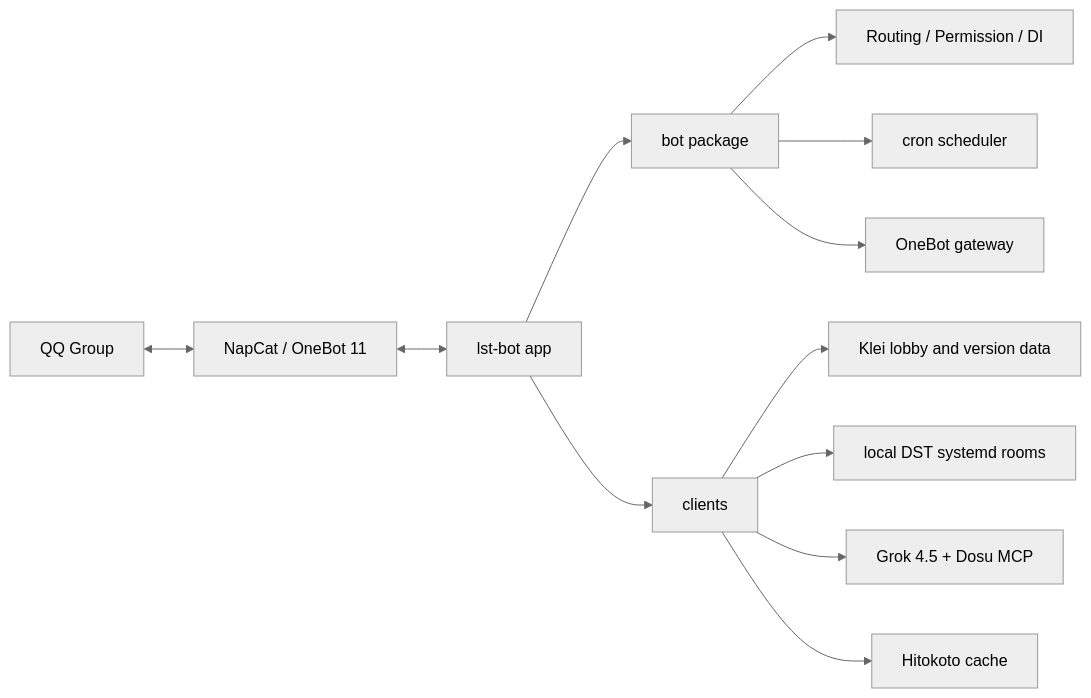
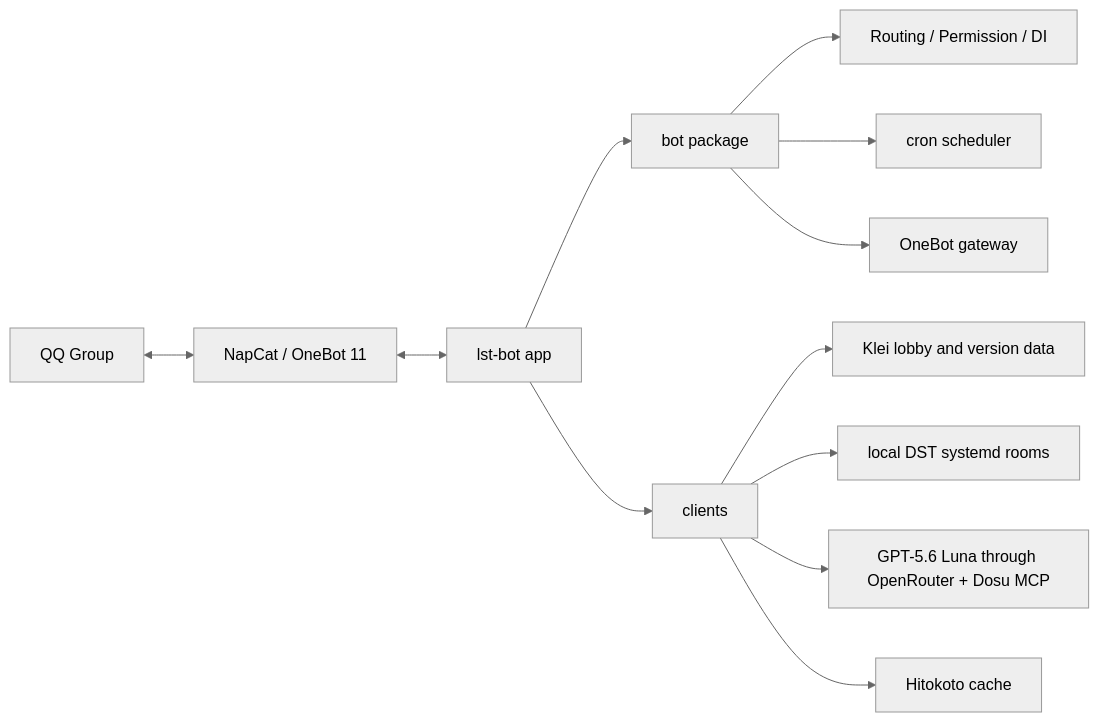
The diagram in README.md (LetsStarveTogether/lst-bot), drawn with Mermaid (neutral theme) before and after one commit. The commit also changed other lines of this file and 8 other files, not shown here.

Commit message:
feat(agent): use GPT-5.6 Luna via OpenRouter

````diff
--- a/README.md
+++ b/README.md
@@ -24,16 +24,16 @@
 ```mermaid
 flowchart LR
     QQ[QQ Group] <--> NapCat[NapCat / OneBot 11]
     NapCat <--> Bot[lst-bot app]
 
     Bot --> Framework[bot package]
     Framework --> Router[Routing / Permission / DI]
     Framework --> Scheduler[cron scheduler]
     Framework --> Gateway[OneBot gateway]
 
     Bot --> Clients[clients]
     Clients --> Klei[Klei lobby and version data]
     Clients --> DST[local DST systemd rooms]
-    Clients --> AI[Grok 4.5 + Dosu MCP]
+    Clients --> AI[GPT-5.6 Luna through OpenRouter + Dosu MCP]
     Clients --> Hitokoto[Hitokoto cache]
 ```
````
